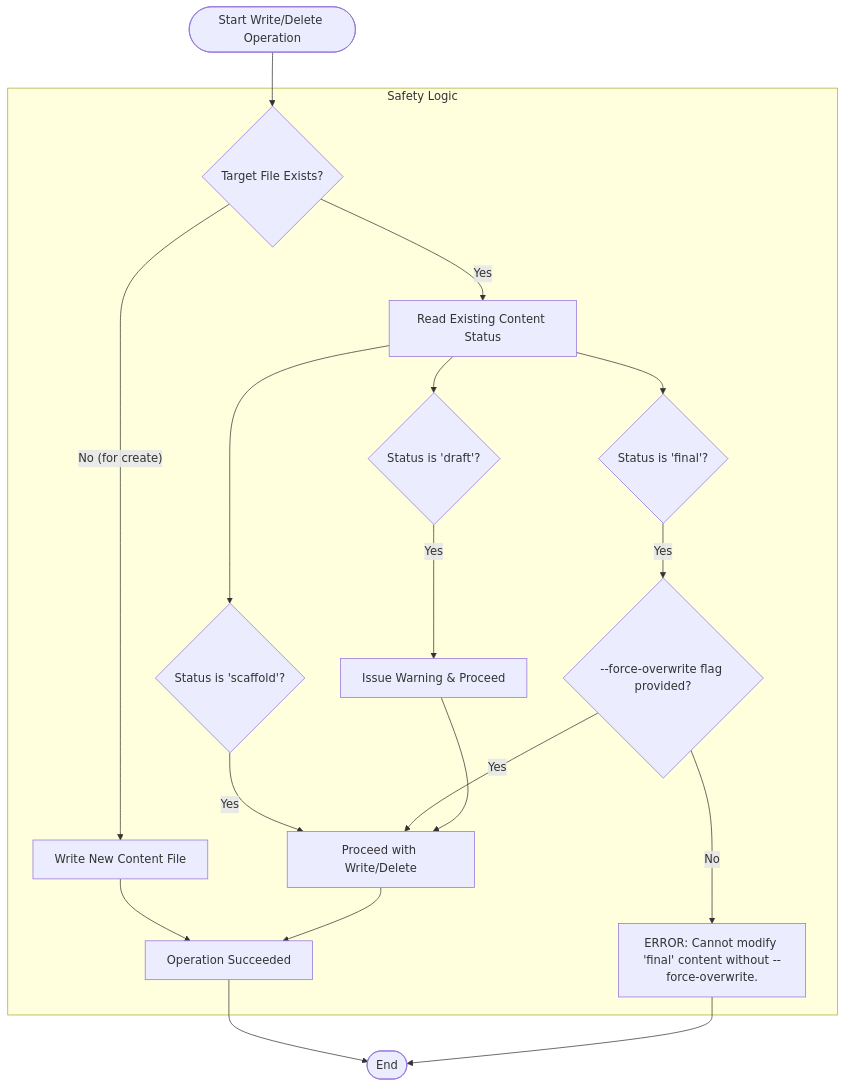
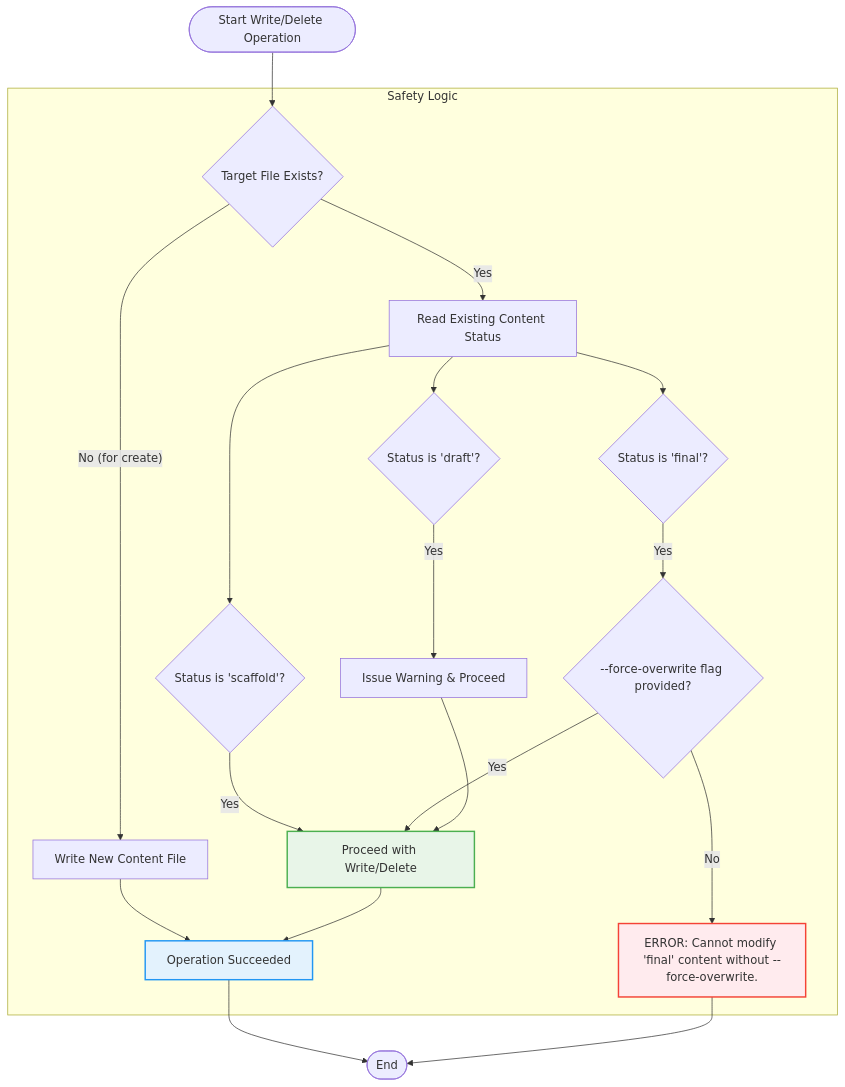
One commit to castocolina/learn-cloud changed the fourth of 4 diagrams in PLAN-CONTENT-GENERATION.md. Above: the diagram before and after it, drawn with Mermaid. The commit also changed other lines of this file and 84 other files, not shown here.

First line of the commit message:
refactor(architecture): testing + content generation + task modularity

````diff
--- a/PLAN-CONTENT-GENERATION.md
+++ b/PLAN-CONTENT-GENERATION.md
@@ -548,25 +348,29 @@
 ```mermaid
 flowchart TB
     Start(["Start Write/Delete Operation"]) --> FileExists{"Target File Exists?"}
 
     subgraph "Safety Logic"
         FileExists -- "No (for create)" --> WriteFile["Write New Content File"] --> Success
         FileExists -- "Yes" --> CheckStatus["Read Existing Content Status"]
 
         CheckStatus --> StatusIsScaffold{"Status is 'scaffold'?"}
         StatusIsScaffold -- "Yes" --> WriteOrDelete["Proceed with Write/Delete"]
 
         CheckStatus --> StatusIsDraft{"Status is 'draft'?"}
         StatusIsDraft -- "Yes" --> WarnAndProceed["Issue Warning & Proceed"]
 
         CheckStatus --> StatusIsFinal{"Status is 'final'?"}
         StatusIsFinal -- "Yes" --> CheckForce{"--force-overwrite flag provided?"}
         CheckForce -- "No" --> FinalError["ERROR: Cannot modify 'final' content without --force-overwrite."]
         CheckForce -- "Yes" --> WriteOrDelete
     end
 
     WarnAndProceed --> WriteOrDelete
     WriteOrDelete --> Success["Operation Succeeded"]
     Success --> End(["End"])
     FinalError --> End
+
+    style WriteOrDelete fill:#e8f5e8,stroke:#4caf50,stroke-width:2px
+    style FinalError fill:#ffebee,stroke:#f44336,stroke-width:2px
+    style Success fill:#e3f2fd,stroke:#2196f3,stroke-width:2px
 ```
````
